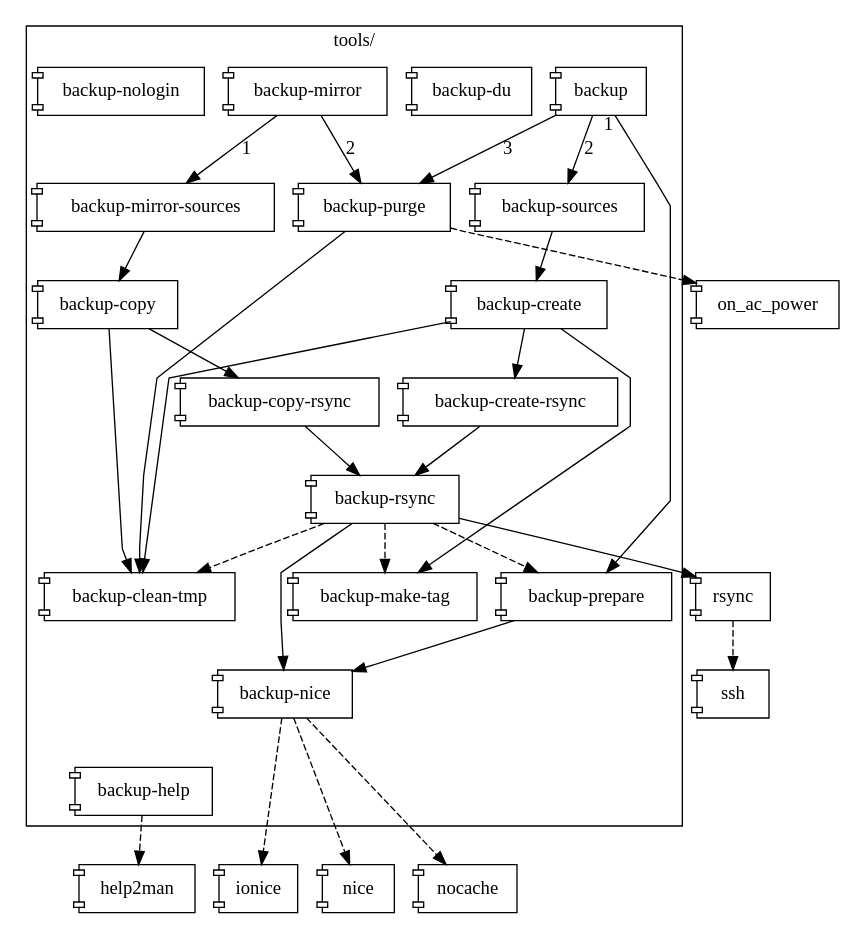
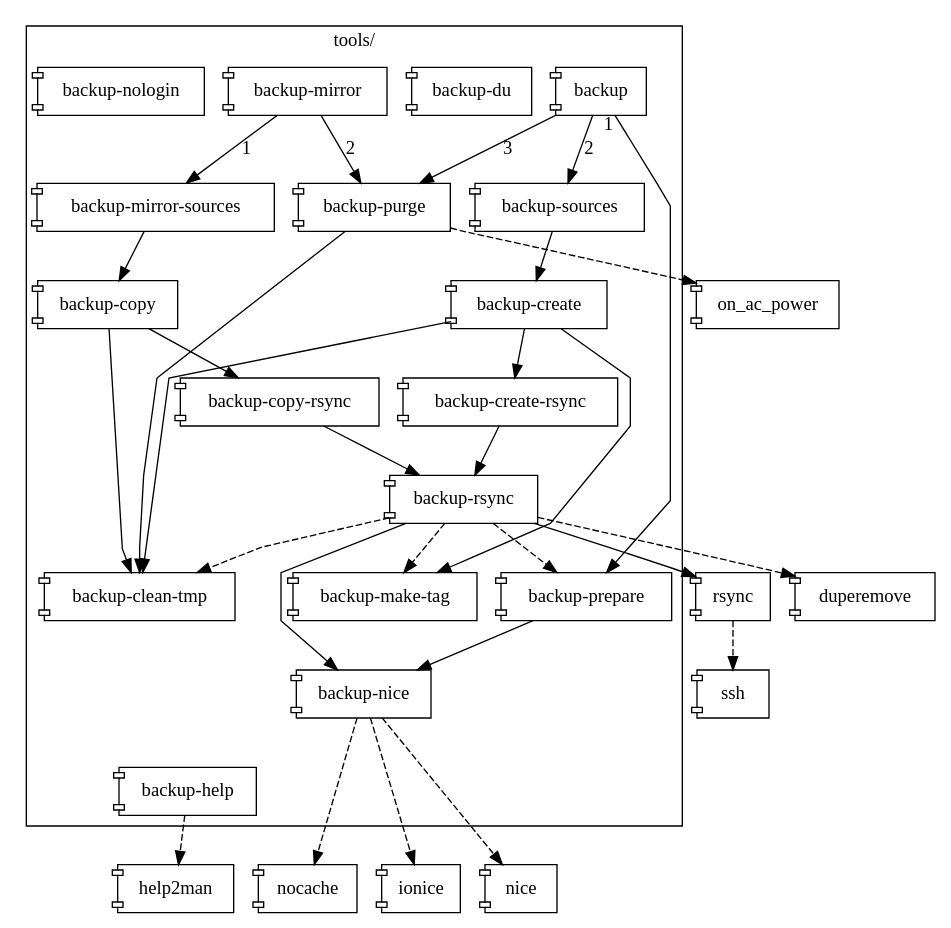
Before and after one commit to eehakkin/rsync-backup: the diagram in tools/doc/backup-all.gv, drawn with Graphviz. The commit also changed 4 other files, not shown here.

```diff
--- a/tools/doc/backup-all.gv
+++ b/tools/doc/backup-all.gv
@@ -1,38 +1,39 @@
 digraph "rsync-backup" {
 	graph	[ splines = polyline ]
 	node	[ shape = component, target = "_parent" ]
 	subgraph "cluster:tools" {
 		graph	[ label = "tools/" ]
 		node	[ URL = "../#\N" ]
 		"backup"		-> "backup-prepare"		[ taillabel = 1 ]
 		"backup"		-> "backup-sources"		[ label = 2 ]
 		"backup"		-> "backup-purge"		[ label = 3 ]
 		"backup-copy"		-> "backup-clean-tmp"
 		"backup-copy"		-> "backup-copy-rsync"
 		"backup-copy-rsync"	-> "backup-rsync"
 		"backup-create"		-> "backup-clean-tmp"
 		"backup-create"		-> "backup-create-rsync"
 		"backup-create"		-> "backup-make-tag"
 		"backup-create-rsync"	-> "backup-rsync"
 		"backup-du"
 		"backup-mirror"		-> "backup-mirror-sources"	[ label = 1 ]
 		"backup-mirror"		-> "backup-purge"		[ label = 2 ]
 		"backup-mirror-sources"	-> "backup-copy"
 		"backup-nice"		-> "backup-help"		[ style = invis ]
 		"backup-nologin"
 		"backup-prepare"	-> "backup-nice"
 		"backup-purge"		-> "backup-clean-tmp"
 		"backup-rsync"		-> "backup-clean-tmp"		[ style = dashed ]
 		"backup-rsync"		-> "backup-make-tag"		[ style = dashed ]
 		"backup-rsync"		-> "backup-nice"		[ minlen = 2 ]
 		"backup-rsync"		-> "backup-prepare"		[ style = dashed ]
 		"backup-sources"	-> "backup-create"
 	}
 	"backup-help"	-> "help2man"		[ style = dashed ]
 	"backup-nice"	-> "ionice"		[ minlen = 2, style = dashed ]
 	"backup-nice"	-> "nice"		[ minlen = 2, style = dashed ]
 	"backup-nice"	-> "nocache"		[ minlen = 2, style = dashed ]
 	"backup-purge"	-> "on_ac_power"	[ style = dashed ]
 	"backup-rsync"	-> "rsync"
+	"backup-rsync"	-> "duperemove"		[ style = dashed ]
 	"rsync"		-> "ssh"		[ style = dashed ]
 }
```
